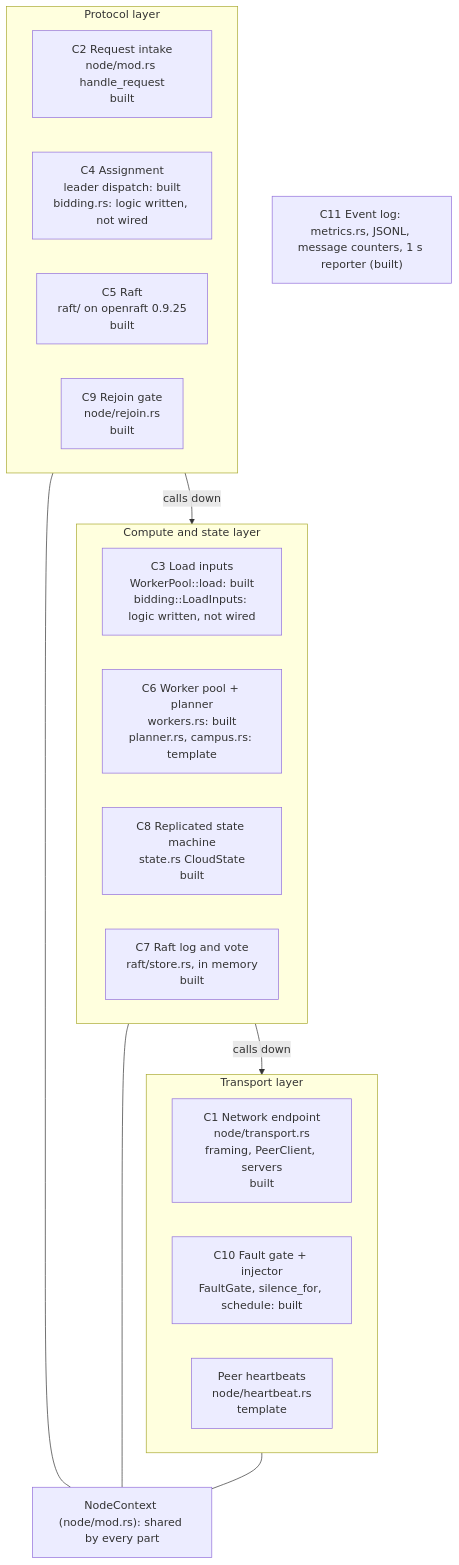
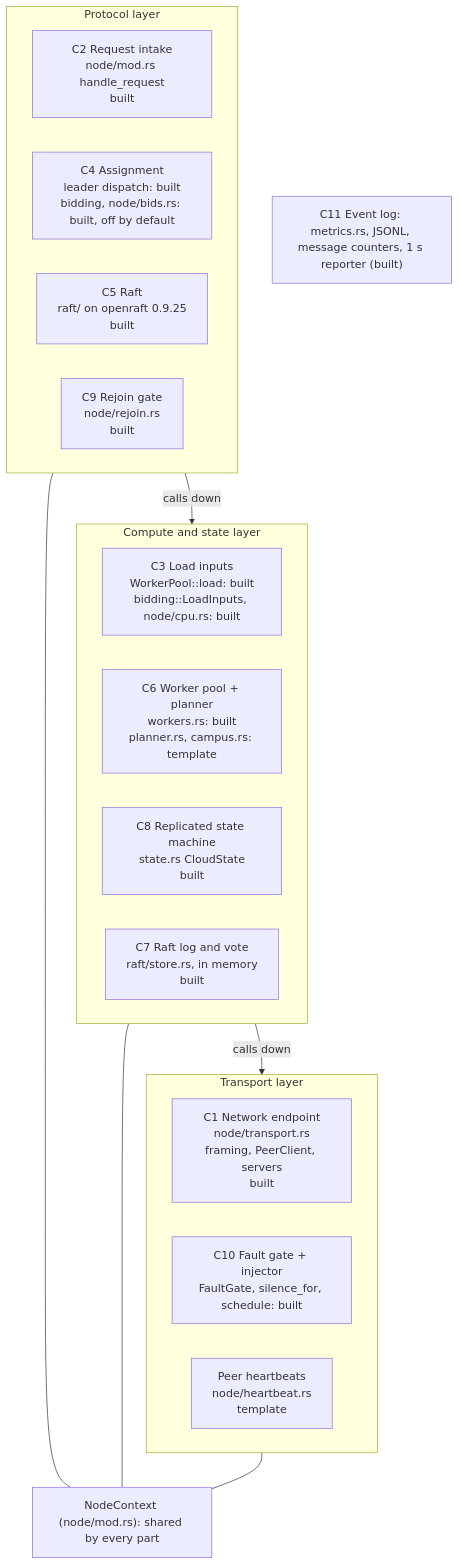
One commit to noortaytoy1/DistributedSystems changed the second of 26 diagrams in docs/architecture.md. Above: the diagram before and after it, drawn with Mermaid. The commit also changed other lines of this file and 13 other files, not shown here.

````diff
--- a/docs/architecture.md
+++ b/docs/architecture.md
@@ -126,30 +126,30 @@
 ```mermaid
 flowchart TB
     subgraph TR["Transport layer"]
         direction LR
         C1["C1 Network endpoint<br/>node/transport.rs<br/>framing, PeerClient, servers<br/>built"]
         C10["C10 Fault gate + injector<br/>FaultGate, silence_for, schedule: built"]
         HB["Peer heartbeats<br/>node/heartbeat.rs<br/>template"]
     end
     subgraph PR["Protocol layer"]
         direction LR
         C2["C2 Request intake<br/>node/mod.rs handle_request<br/>built"]
-        C4["C4 Assignment<br/>leader dispatch: built<br/>bidding.rs: logic written, not wired"]
+        C4["C4 Assignment<br/>leader dispatch: built<br/>bidding, node/bids.rs: built, off by default"]
         C5["C5 Raft<br/>raft/ on openraft 0.9.25<br/>built"]
         C9["C9 Rejoin gate<br/>node/rejoin.rs<br/>built"]
     end
     subgraph CS["Compute and state layer"]
         direction LR
-        C3["C3 Load inputs<br/>WorkerPool::load: built<br/>bidding::LoadInputs: logic written, not wired"]
+        C3["C3 Load inputs<br/>WorkerPool::load: built<br/>bidding::LoadInputs, node/cpu.rs: built"]
         C6["C6 Worker pool + planner<br/>workers.rs: built<br/>planner.rs, campus.rs: template"]
         C8["C8 Replicated state machine<br/>state.rs CloudState<br/>built"]
         C7["C7 Raft log and vote<br/>raft/store.rs, in memory<br/>built"]
     end
     C11["C11 Event log: metrics.rs, JSONL, message counters, 1 s reporter (built)"]
     CTX["NodeContext (node/mod.rs): shared by every part"]
     PR -->|calls down| CS
     CS -->|calls down| TR
     PR --- CTX
     CS --- CTX
     TR --- CTX
 ```
````
